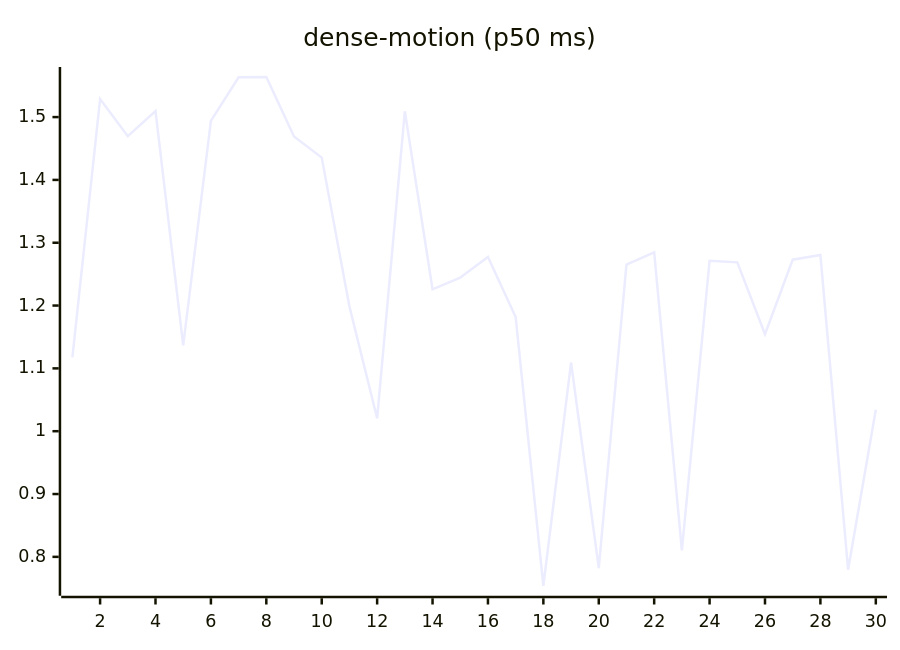
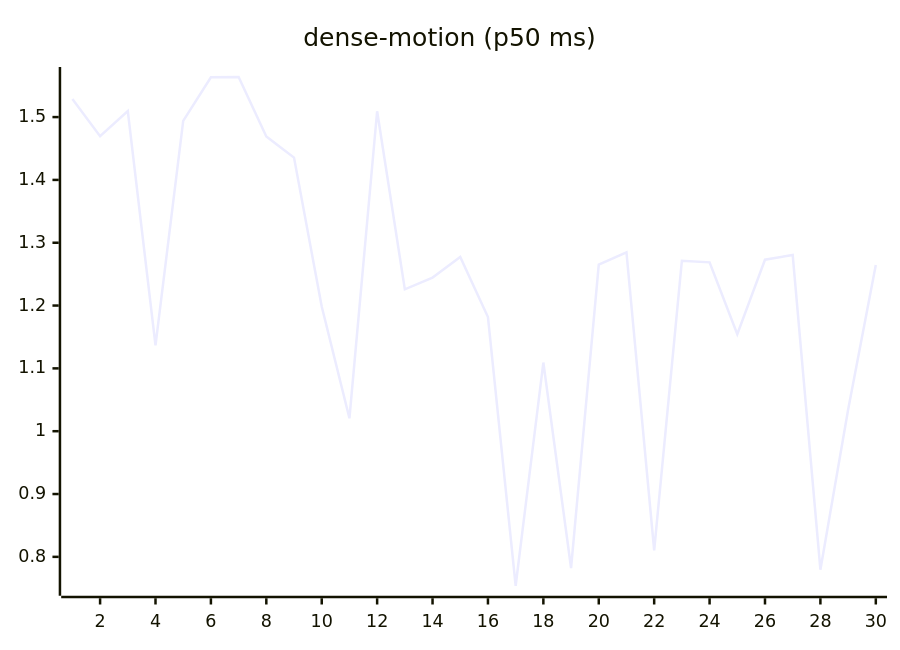
The ninth of 27 diagrams in README.md (josha/Facet), drawn with Mermaid before and after one commit. The commit also changed other lines of this file and 2 other files, not shown here.

````diff
--- a/README.md
+++ b/README.md
@@ -119,6 +119,6 @@
 ```mermaid
 xychart-beta
     title "dense-motion (p50 ms)"
     x-axis 1 --> 30
-    line [1.1174, 1.5286, 1.4695, 1.5096, 1.1365, 1.4939, 1.5634, 1.5638, 1.4692, 1.4355, 1.1984, 1.0205, 1.5093, 1.2258, 1.2445, 1.2773, 1.1817, 0.7540, 1.1093, 0.7822, 1.2651, 1.2846, 0.8102, 1.2712, 1.2688, 1.1544, 1.2730, 1.2805, 0.7796, 1.0341]
+    line [1.5286, 1.4695, 1.5096, 1.1365, 1.4939, 1.5634, 1.5638, 1.4692, 1.4355, 1.1984, 1.0205, 1.5093, 1.2258, 1.2445, 1.2773, 1.1817, 0.7540, 1.1093, 0.7822, 1.2651, 1.2846, 0.8102, 1.2712, 1.2688, 1.1544, 1.2730, 1.2805, 0.7796, 1.0341, 1.2646]
 ```
````
